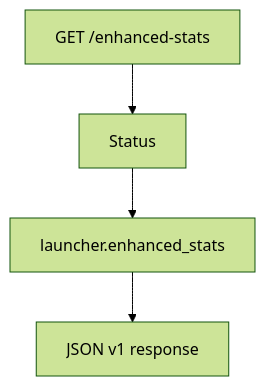
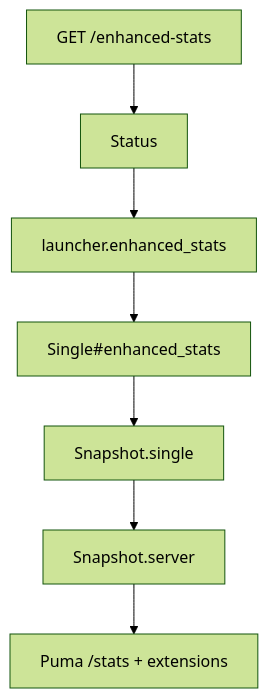
One commit to smart-sgisistemas/puma-enhanced-stats changed the third of 3 diagrams in docs/architecture.md. Above: the diagram before and after it, drawn with Mermaid (forest theme). The commit also changed other lines of this file and 53 other files, not shown here.

First line of the commit message:
Release v1.0.0 with Puma-aligned enhanced-stats JSON.

````diff
--- a/docs/architecture.md
+++ b/docs/architecture.md
@@ -65,6 +67,9 @@
 ```mermaid
 flowchart TD
   Client[GET /enhanced-stats] --> Status
   Status --> L[launcher.enhanced_stats]
-  L --> JSON[JSON v1 response]
+  L --> Single[Single#enhanced_stats]
+  Single --> Snap[Snapshot.single]
+  Snap --> Server[Snapshot.server]
+  Server --> JSON[Puma /stats + extensions]
 ```
````
